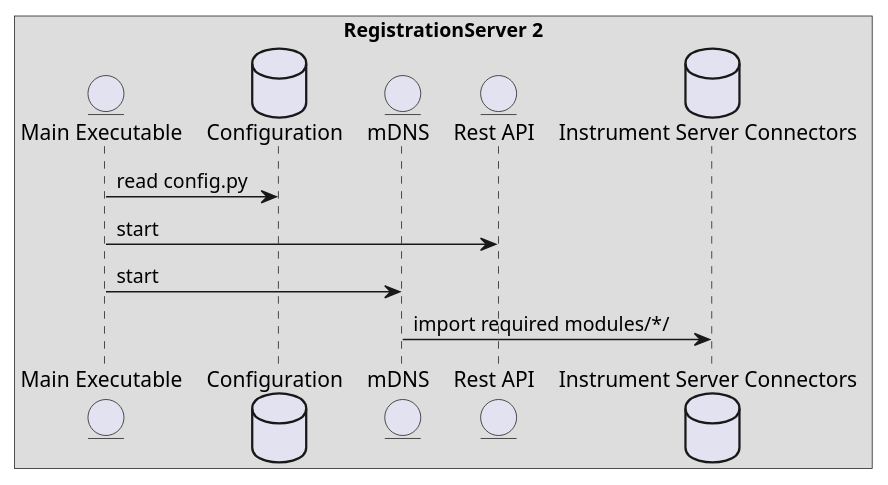
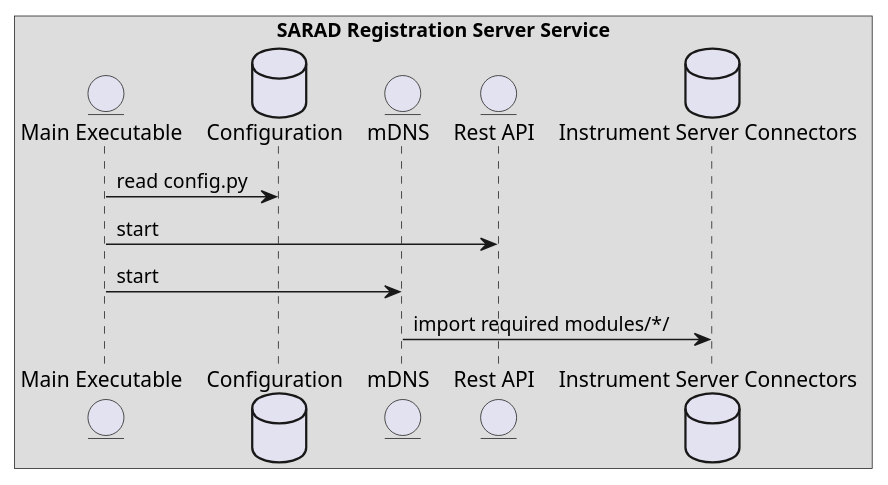
Before and after one commit to SARAD-GmbH/RegServer: the diagram in doc/source/uml-main.puml, drawn with PlantUML. The commit also changed 88 other files, not shown here.

```diff
--- a/doc/source/uml-main.puml
+++ b/doc/source/uml-main.puml
@@ -1,13 +1,13 @@
 @startuml
-box "RegistrationServer 2"
+box "SARAD Registration Server Service"
 entity "Main Executable" as main
 database "Configuration" as config
 entity "mDNS" as mdns
 entity "Rest API" as api
 database "Instrument Server Connectors" as modules
 end box
 main -> config : read config.py
 main -> api : start
 main -> mdns : start
 mdns -> modules : import required modules/*/
 @enduml
```
